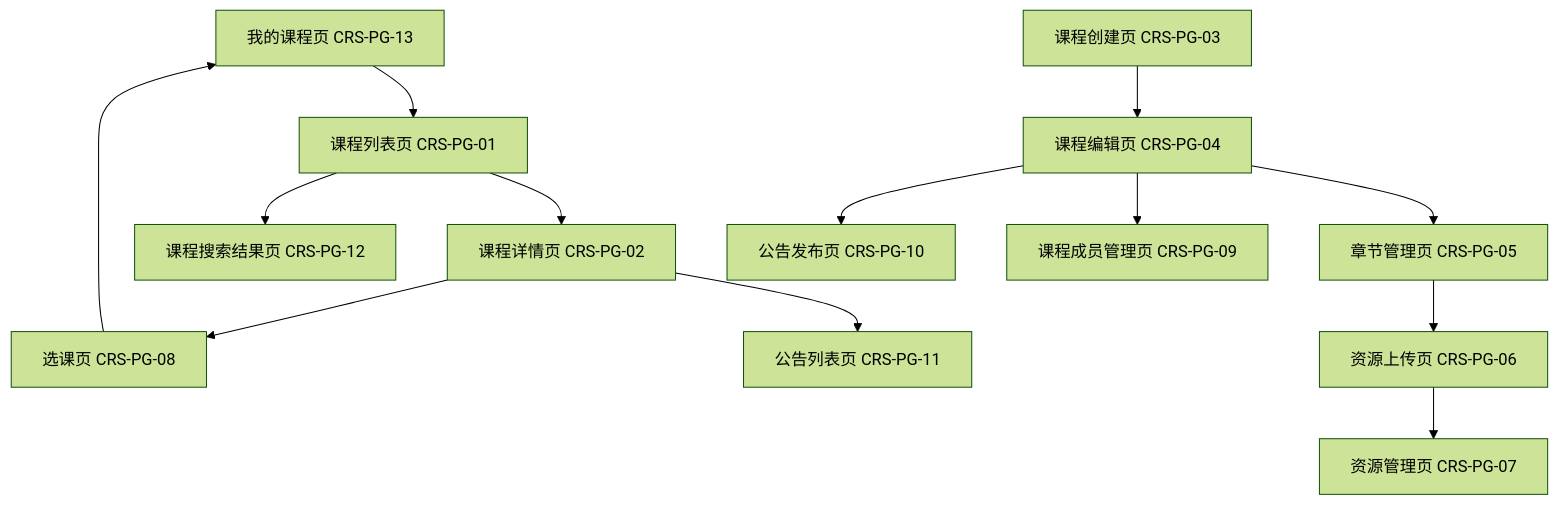
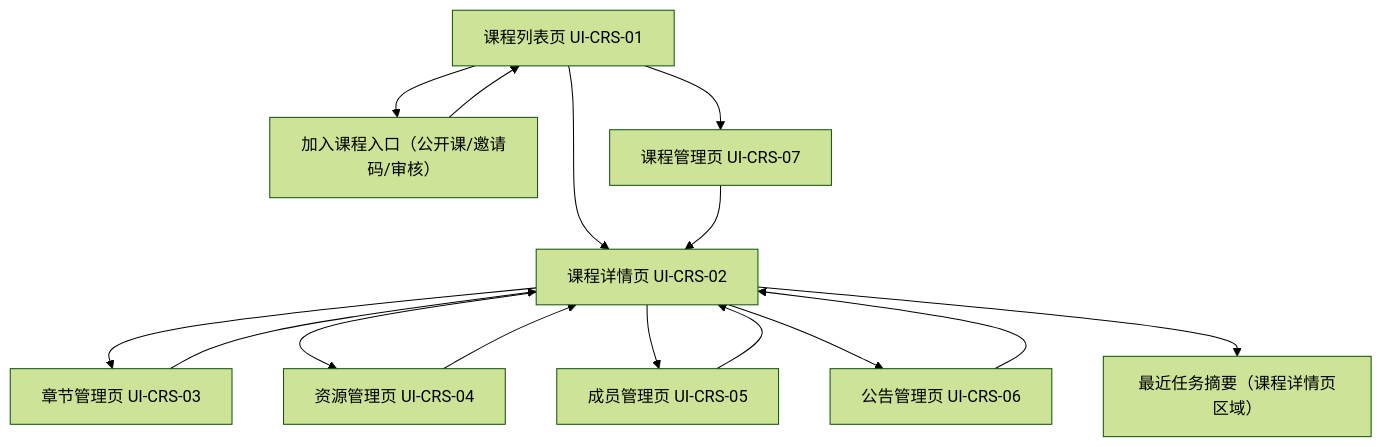
One commit to Cr4zyorange/OnlineJudge changed the seventh of 15 diagrams in docs/最终提交/软件概要设计说明书.md. Above: the diagram before and after it, drawn with Mermaid (forest theme). The commit also changed other lines of this file and 12 other files, not shown here.

````diff
--- a/docs/最终提交/软件概要设计说明书.md
+++ b/docs/最终提交/软件概要设计说明书.md
@@ -896,15 +1019,17 @@
 ```mermaid
 graph TD
-    A[我的课程页 CRS-PG-13] --> B[课程列表页 CRS-PG-01]
-    B --> C[课程详情页 CRS-PG-02]
-    B --> D[课程搜索结果页 CRS-PG-12]
-    C --> E[选课页 CRS-PG-08]
-    C --> F[公告列表页 CRS-PG-11]
-    G[课程创建页 CRS-PG-03] --> H[课程编辑页 CRS-PG-04]
-    H --> I[章节管理页 CRS-PG-05]
-    I --> J[资源上传页 CRS-PG-06]
-    J --> K[资源管理页 CRS-PG-07]
-    H --> L[公告发布页 CRS-PG-10]
-    H --> M[课程成员管理页 CRS-PG-09]
-    E --> A
+    A[课程列表页 UI-CRS-01] --> B[课程详情页 UI-CRS-02]
+    A --> C[加入课程入口（公开课/邀请码/审核）]
+    A --> H[课程管理页 UI-CRS-07]
+    B --> D[章节管理页 UI-CRS-03]
+    B --> E[资源管理页 UI-CRS-04]
+    B --> F[成员管理页 UI-CRS-05]
+    B --> G[公告管理页 UI-CRS-06]
+    B --> I[最近任务摘要（课程详情页区域）]
+    C --> A
+    D --> B
+    E --> B
+    F --> B
+    G --> B
+    H --> B
 ```
````
